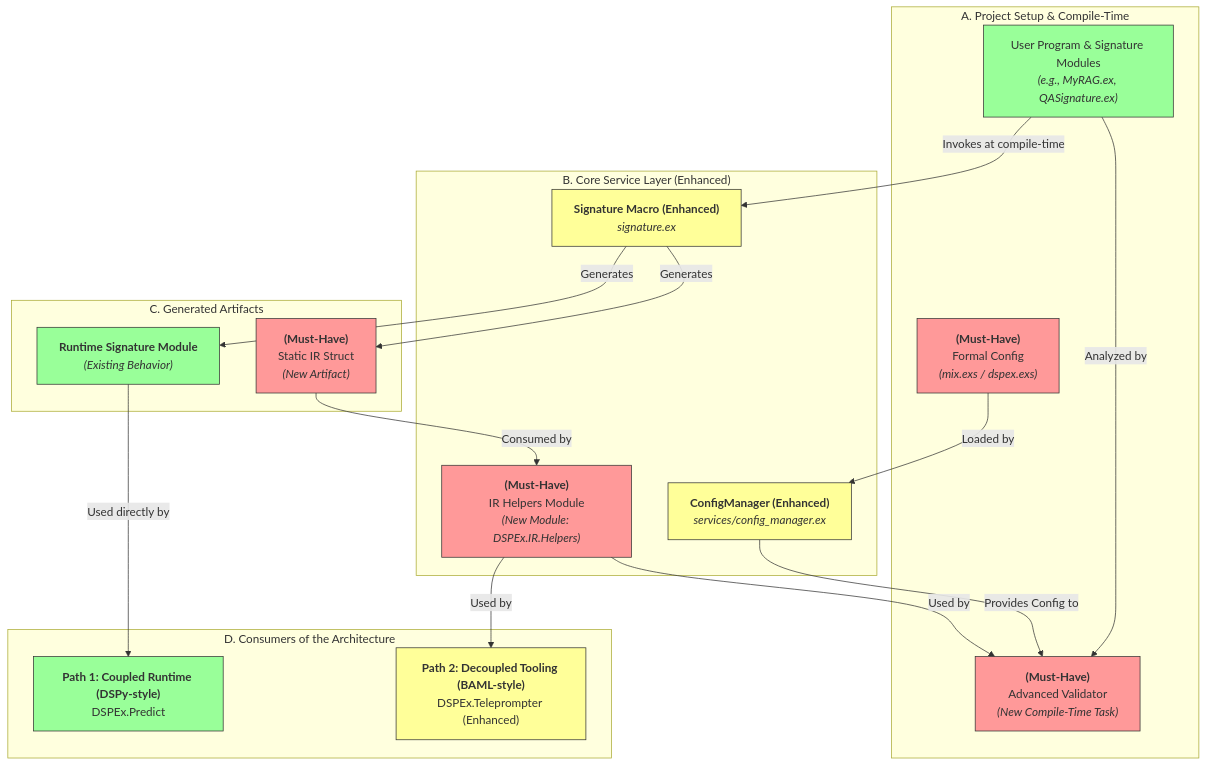
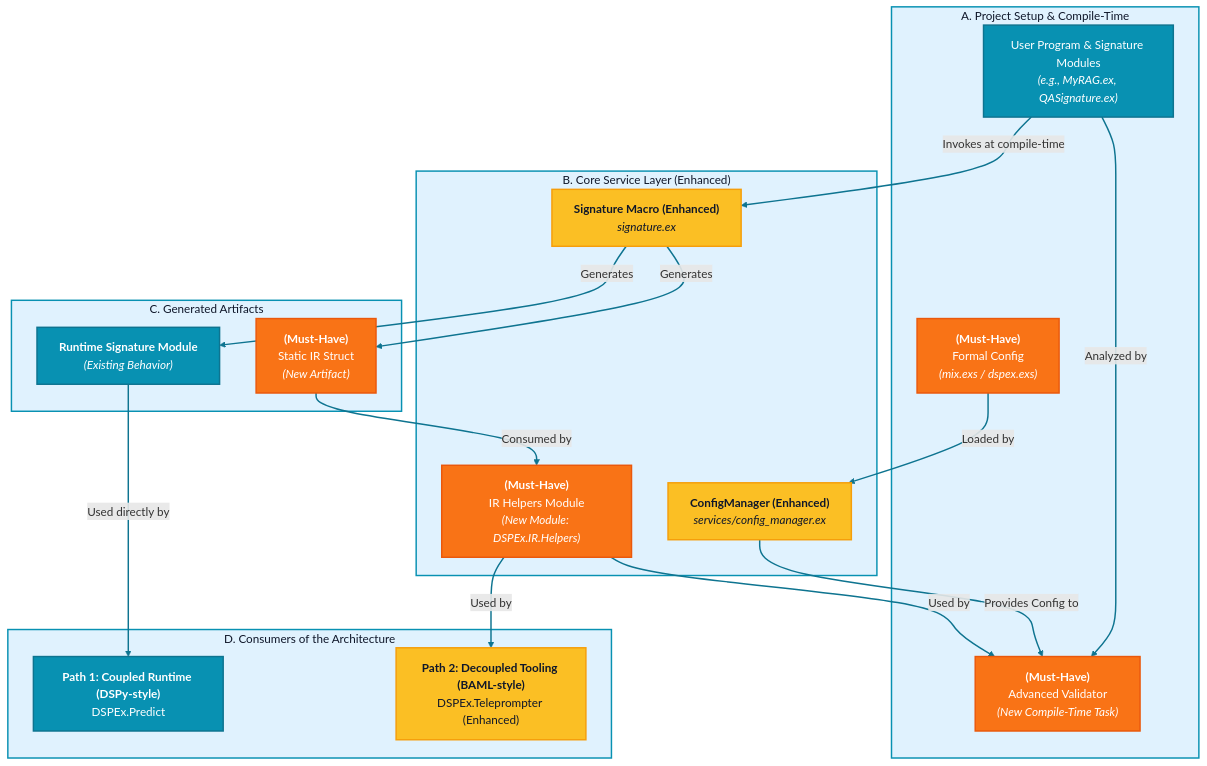
The fourth of 5 diagrams in baml_gap.md (nshkrdotcom/ds_ex), drawn with Mermaid before and after one commit. The commit also changed other lines of this file and 31 other files, not shown here.

First line of the commit message:
fix(core): Stabilize bootstrap process and enhance matching

````diff
--- a/baml_gap.md
+++ b/baml_gap.md
@@ -216,51 +252,57 @@
 ```mermaid
 graph TD
-    subgraph "A. Project Setup & Compile-Time"
+    subgraph A["A. Project Setup & Compile-Time"]
         A1["<b>(Must-Have)</b><br>Formal Config<br><i>(mix.exs / dspex.exs)</i>"]
         A2["User Program & Signature Modules<br><i>(e.g., MyRAG.ex, QASignature.ex)</i>"]
         A3["<b>(Must-Have)</b><br>Advanced Validator<br><i>(New Compile-Time Task)</i>"]
-
-        style A1 fill:#f99,stroke:#333
-        style A2 fill:#9f9,stroke:#333
-        style A3 fill:#f99,stroke:#333
     end
 
-    subgraph "B. Core Service Layer (Enhanced)"
+    subgraph B["B. Core Service Layer (Enhanced)"]
         B1["<b>ConfigManager (Enhanced)</b><br><i>services/config_manager.ex</i>"]
         B2["<b>Signature Macro (Enhanced)</b><br><i>signature.ex</i>"]
         B3["<b>(Must-Have)</b><br>IR Helpers Module<br><i>(New Module: DSPEx.IR.Helpers)</i>"]
-
-        style B1 fill:#ff9,stroke:#333
-        style B2 fill:#ff9,stroke:#333
-        style B3 fill:#f99,stroke:#333
     end
 
-    subgraph "C. Generated Artifacts"
+    subgraph C["C. Generated Artifacts"]
         C1["<b>Runtime Signature Module</b><br><i>(Existing Behavior)</i>"]
         C2["<b>(Must-Have)</b><br>Static IR Struct<br><i>(New Artifact)</i>"]
-        style C1 fill:#9f9,stroke:#333
-        style C2 fill:#f99,stroke:#333
     end
     
-    subgraph "D. Consumers of the Architecture"
+    subgraph D["D. Consumers of the Architecture"]
         D1["<b>Path 1: Coupled Runtime (DSPy-style)</b><br>DSPEx.Predict"]
         D2["<b>Path 2: Decoupled Tooling (BAML-style)</b><br>DSPEx.Teleprompter (Enhanced)"]
-        style D1 fill:#9f9,stroke:#333
-        style D2 fill:#ff9,stroke:#333
     end
 
     %% Flows
     A1 -- "Loaded by" --> B1
     A2 -- "Analyzed by" --> A3
     B1 -- "Provides Config to" --> A3
     A2 -- "Invokes at compile-time" --> B2
 
     B2 -- "Generates" --> C1
     B2 -- "Generates" --> C2
 
     C2 -- "Consumed by" --> B3
     B3 -- "Used by" --> D2
     B3 -- "Used by" --> A3
     
     C1 -- "Used directly by" --> D1
+
+    %% BAML-inspired styling with semantic colors for DSPEx gaps
+    classDef setupPhase fill:#0891b2,stroke:#0e7490,stroke-width:2px,color:#fff
+    classDef concurrentEngine fill:#06b6d4,stroke:#0891b2,stroke-width:2px,color:#fff
+    classDef taskNode fill:#22d3ee,stroke:#0891b2,stroke-width:2px,color:#0f172a
+    classDef processNode fill:#67e8f9,stroke:#0891b2,stroke-width:2px,color:#0f172a
+    classDef resultNode fill:#a7f3d0,stroke:#059669,stroke-width:1px,color:#0f172a
+    classDef todoNew fill:#f97316,stroke:#ea580c,stroke-width:2px,color:#fff
+    classDef needsChanges fill:#fbbf24,stroke:#f59e0b,stroke-width:2px,color:#0f172a
+    classDef subgraphTitleTop fill:#e0f2fe,stroke:#0891b2,stroke-width:2px,color:#0f172a
+
+    class A1,A3,B3,C2 todoNew
+    class B1,B2,D2 needsChanges
+    class A2,C1,D1 setupPhase
+    class A,B,C,D subgraphTitleTop
+
+    %% BAML brand styling for arrows
+    linkStyle default stroke:#0e7490,stroke-width:2px
 ```
````
